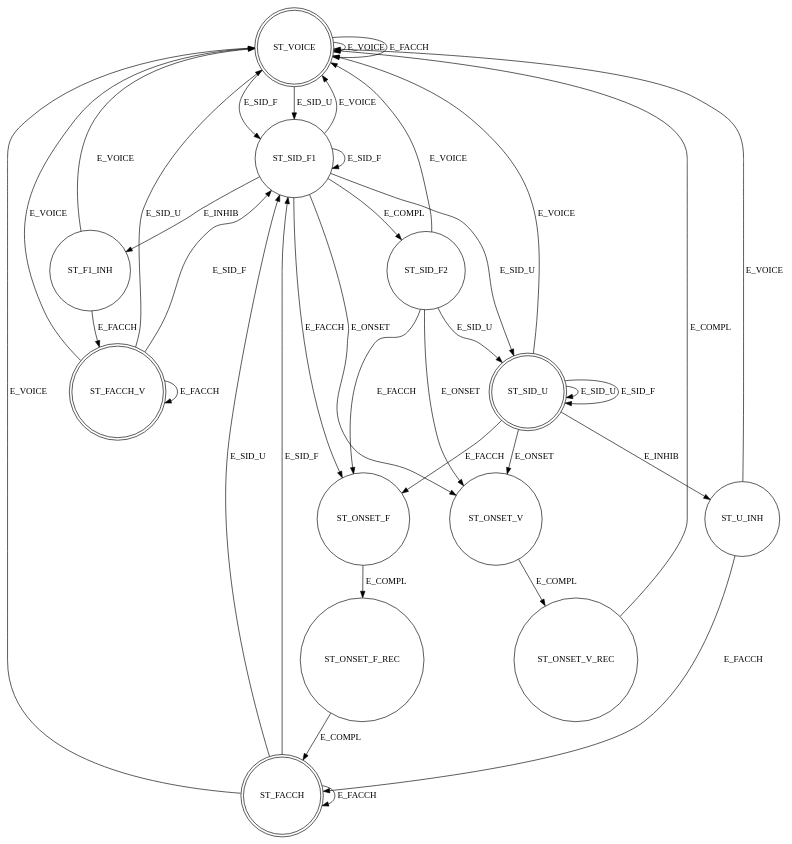
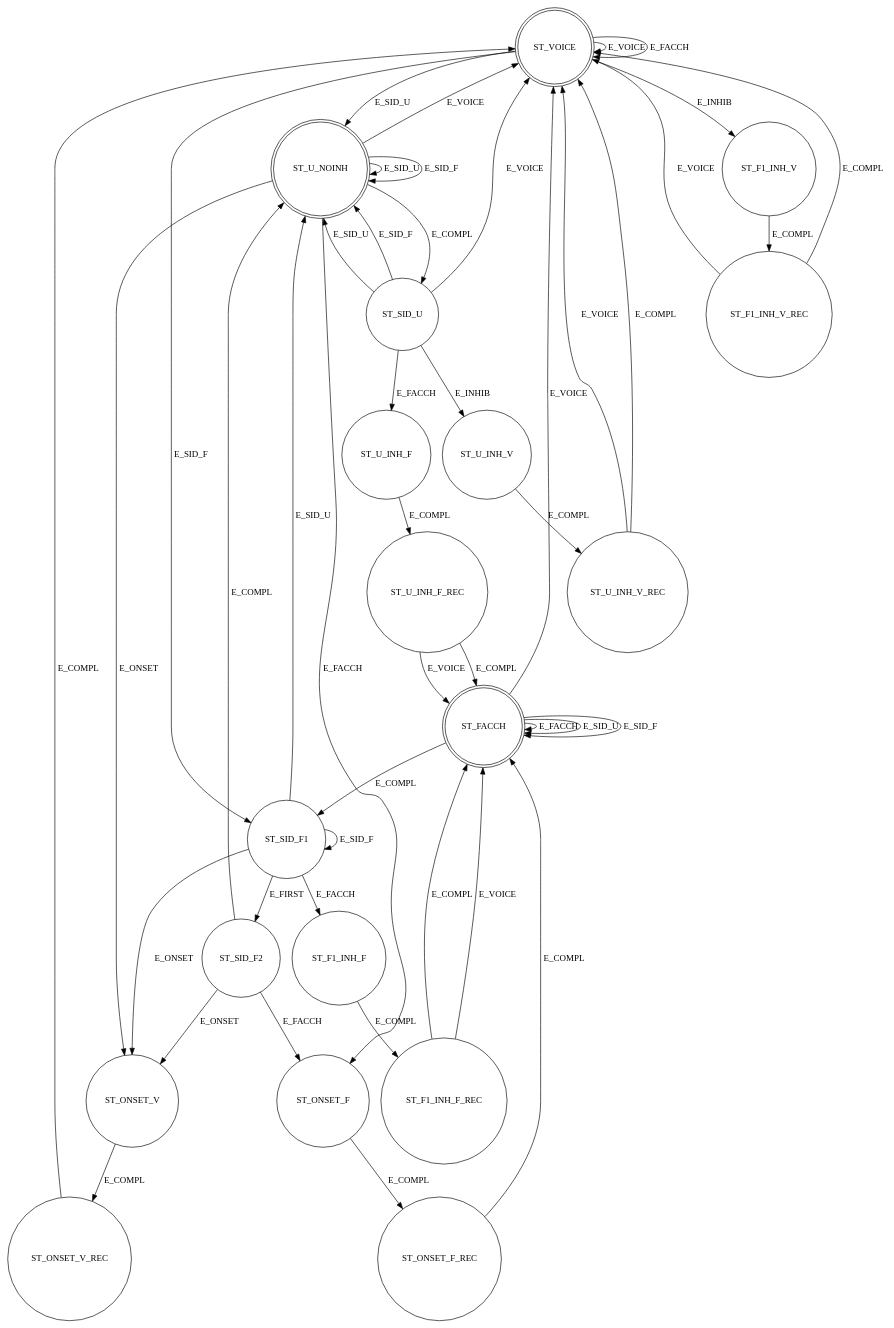
One commit to osmocom/osmo-gsm-manuals changed the diagram in OsmoBTS/dtx.dot. Above: the diagram before and after it, drawn with Graphviz. The commit also changed 1 other file, not shown here.

Commit message:
Sync DTX FSM with OsmoBTS code

```diff
--- a/OsmoBTS/dtx.dot
+++ b/OsmoBTS/dtx.dot
@@ -1,65 +1,85 @@
 digraph dtx_dl_amr_fsm {
-	node [shape = doublecircle] ST_VOICE ST_FACCH_V ST_FACCH ST_SID_U
+	node [shape = doublecircle] ST_VOICE ST_FACCH ST_U_NOINH
 	node [shape = circle]
 
 	// default state for non-DTX and DTX when SPEECH is in progress
 	ST_VOICE -> ST_SID_F1 [ label = "E_SID_F" ]
-	ST_VOICE -> ST_SID_F1 [ label = "E_SID_U" ]
+	ST_VOICE -> ST_F1_INH_V [ label = "E_INHIB" ]
+	ST_VOICE -> ST_U_NOINH [ label = "E_SID_U" ]
 	ST_VOICE -> ST_VOICE [ label = "E_VOICE" ]
 	ST_VOICE -> ST_VOICE [ label = "E_FACCH" ]
 
 	// SID-FIRST or SID-FIRST-P1 in case of AMR HR: start of silence period (might be interrupted in case of AMR HR)
 	ST_SID_F1 -> ST_SID_F1 [ label = "E_SID_F" ]
-	ST_SID_F1 -> ST_SID_U [ label = "E_SID_U" ]
-	ST_SID_F1 -> ST_VOICE [ label = "E_VOICE" ]
-        ST_SID_F1 -> ST_ONSET_F [ label = "E_FACCH" ]
-	ST_SID_F1 -> ST_SID_F2  [ label = "E_COMPL" ]
-	ST_SID_F1 -> ST_F1_INH  [ label = "E_INHIB" ]
+	ST_SID_F1 -> ST_U_NOINH [ label = "E_SID_U" ]
+        ST_SID_F1 -> ST_F1_INH_F [ label = "E_FACCH" ]
+	ST_SID_F1 -> ST_SID_F2  [ label = "E_FIRST" ]
 	ST_SID_F1 -> ST_ONSET_V [ label = "E_ONSET" ]
 
 	// SID-FIRST P2 (only for AMR HR): actual start of silence period in case of AMR HR
-	ST_SID_F2 -> ST_SID_U [ label = "E_SID_U" ]
-	ST_SID_F2 -> ST_VOICE [ label = "E_VOICE" ]
+	ST_SID_F2 -> ST_U_NOINH [ label = "E_COMPL" ]
 	ST_SID_F2 -> ST_ONSET_F [ label = "E_FACCH" ]
 	ST_SID_F2 -> ST_ONSET_V [ label = "E_ONSET" ]
 
-	// SID-FIRST Inhibited: incoming SPEECH or FACCH (only for AMR HR)
-	ST_F1_INH -> ST_VOICE [ label = "E_VOICE" ]
-	ST_F1_INH -> ST_FACCH_V [ label = "E_FACCH" ]
+	// SID-FIRST Inhibited: incoming SPEECH (only for AMR HR)
+	ST_F1_INH_V -> ST_F1_INH_V_REC [ label = "E_COMPL" ]
 
-	// SID-UPDATE Inhibited: incoming SPEECH or FACCH (only for AMR HR)
-	ST_U_INH -> ST_VOICE [ label = "E_VOICE" ]
-	ST_U_INH -> ST_FACCH [ label = "E_FACCH" ]
+	// SID-FIRST Inhibited: incoming FACCH frame (only for AMR HR)
+	ST_F1_INH_F -> ST_F1_INH_F_REC [ label = "E_COMPL" ]
 
-	// Silence period with periodic comfort noise data updates
-	ST_SID_U -> ST_ONSET_F [ label = "E_FACCH" ]
+	// SID-UPDATE Inhibited: incoming SPEECH (only for AMR HR)
+	ST_U_INH_V -> ST_U_INH_V_REC [ label = "E_COMPL" ]
+
+	// SID-UPDATE Inhibited: incoming FACCH frame (only for AMR HR)
+	ST_U_INH_F -> ST_U_INH_F_REC [ label = "E_COMPL" ]
+
+	// Silence period with periodic comfort noise data updates (no Inhibition)
+	ST_U_NOINH -> ST_ONSET_F [ label = "E_FACCH" ]
+	ST_U_NOINH -> ST_VOICE [ label = "E_VOICE" ]
+	ST_U_NOINH -> ST_U_NOINH [ label = "E_SID_U" ]
+	ST_U_NOINH -> ST_U_NOINH [ label = "E_SID_F" ]
+	ST_U_NOINH -> ST_ONSET_V [ label = "E_ONSET" ]
+	ST_U_NOINH -> ST_SID_U [ label = "E_COMPL" ]
+
+	// SID-FIRST Inhibition recursion in progress: Inhibit itself was already sent, now have to send the voice that caused it
+	ST_F1_INH_V_REC -> ST_VOICE [ label = "E_COMPL" ]
+	ST_F1_INH_V_REC -> ST_VOICE [ label = "E_VOICE" ]
+
+	// SID-FIRST Inhibition recursion in progress: Inhibit itself was already sent, now have to send the voice that caused it
+	ST_F1_INH_F_REC -> ST_FACCH [ label = "E_COMPL" ]
+	ST_F1_INH_F_REC -> ST_FACCH [ label = "E_VOICE" ]
+
+	// SID-UPDATE Inhibition recursion in progress: Inhibit itself was already sent, now have to send the voice that caused it
+	ST_U_INH_V_REC -> ST_VOICE [ label = "E_COMPL" ]
+	ST_U_INH_V_REC -> ST_VOICE [ label = "E_VOICE" ]
+
+	// SID-UPDATE Inhibition recursion in progress: Inhibit itself was already sent, now have to send the voice that caused it
+	ST_U_INH_F_REC -> ST_FACCH [ label = "E_COMPL" ]
+	ST_U_INH_F_REC -> ST_FACCH [ label = "E_VOICE" ]
+
+	// Silence period with periodic comfort noise data updates (can be inhibited)
+	ST_SID_U -> ST_U_INH_F [ label = "E_FACCH" ]
 	ST_SID_U -> ST_VOICE [ label = "E_VOICE" ]
-	ST_SID_U -> ST_U_INH [ label = "E_INHIB" ]
-	ST_SID_U -> ST_SID_U [ label = "E_SID_U" ]
-	ST_SID_U -> ST_SID_U [ label = "E_SID_F" ]
-	ST_SID_U -> ST_ONSET_V [ label = "E_ONSET" ]
+	ST_SID_U -> ST_U_INH_V [ label = "E_INHIB" ]
+	ST_SID_U -> ST_U_NOINH [ label = "E_SID_U" ]
+	ST_SID_U -> ST_U_NOINH [ label = "E_SID_F" ]
 
 	// ONSET - end of silent period due to incoming SPEECH frame
 	ST_ONSET_V -> ST_ONSET_V_REC [ label = "E_COMPL" ]
 
 	// ONSET - end of silent period due to incoming FACCH frame
 	ST_ONSET_F -> ST_ONSET_F_REC [ label = "E_COMPL" ]
 
+	// ONSET recursion in progress: ONSET itself was already sent, now have to send the data that caused it
+	ST_ONSET_F_REC -> ST_FACCH [ label = "E_COMPL" ]
+
 	// ONSET recursion in progress: ONSET itself was already sent, now have to send the voice that caused it
 	ST_ONSET_V_REC -> ST_VOICE [ label = "E_COMPL" ]
 
-	// ONSET recursion in progress: ONSET itself was already sent, now have to send the data that caused it
-	ST_ONSET_F_REC -> ST_FACCH [ label = "E_COMPL" ]
-
-	// FACCH sending state: SPEECH was observed before so once we're done FSM should get back to VOICE state
-	ST_FACCH_V -> ST_FACCH_V [ label = "E_FACCH" ]
-	ST_FACCH_V -> ST_VOICE [ label = "E_VOICE" ]
-	ST_FACCH_V -> ST_VOICE [ label = "E_SID_U" ]
-	ST_FACCH_V -> ST_SID_F1 [ label = "E_SID_F" ]
-
-	// FACCH sending state: no SPEECH was observed before so once we're done FSM should get back to silent period via SID-FIRST
+	// FACCH sending state
+	ST_FACCH -> ST_VOICE [ label = "E_VOICE" ]
 	ST_FACCH -> ST_FACCH [ label = "E_FACCH" ]
-	ST_FACCH -> ST_VOICE [ label = "E_VOICE" ]
-	ST_FACCH -> ST_SID_F1 [ label = "E_SID_U" ]
-	ST_FACCH -> ST_SID_F1 [ label = "E_SID_F" ]
+	ST_FACCH -> ST_FACCH [ label = "E_SID_U" ]
+	ST_FACCH -> ST_FACCH [ label = "E_SID_F" ]
+	ST_FACCH -> ST_SID_F1 [ label = "E_COMPL" ]
 }
```
